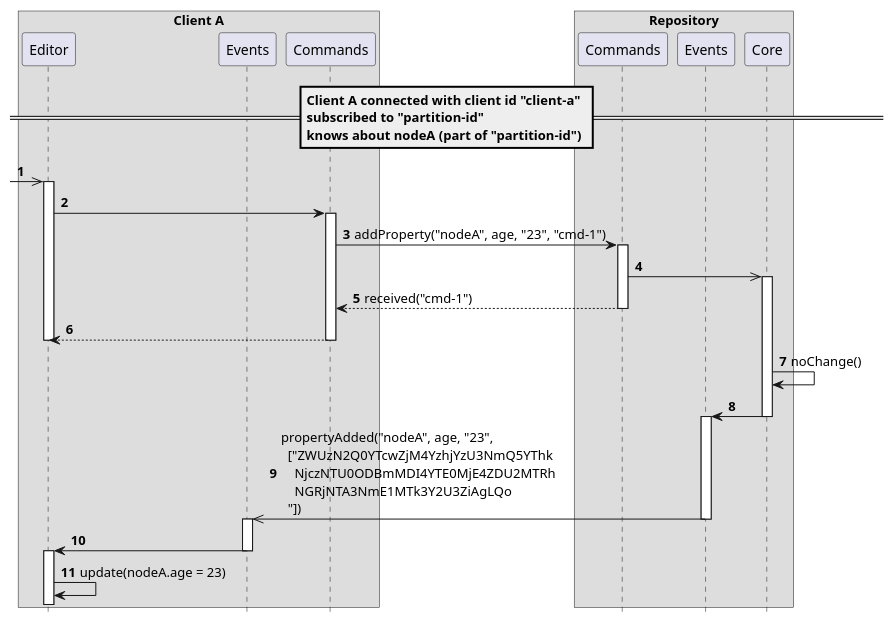
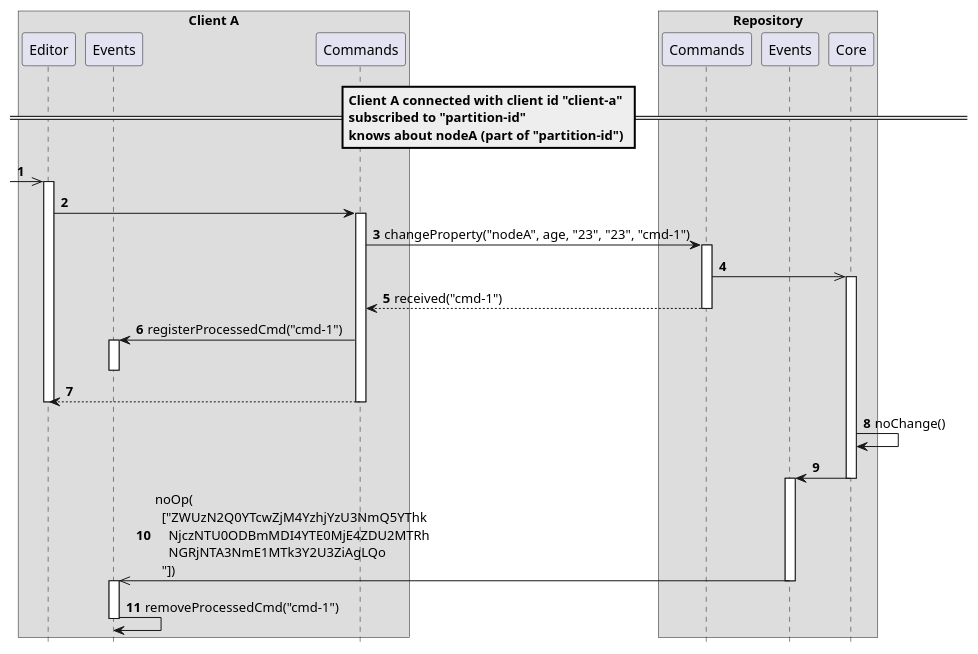
The diagram in delta/scenarios/changeSameValueRemoteUpdate.adoc (LionWeb-io/specification), drawn with PlantUML before and after one commit. The commit also changed other lines of this file and 9 other files, not shown here.

```diff
--- a/delta/scenarios/changeSameValueRemoteUpdate.adoc
+++ b/delta/scenarios/changeSameValueRemoteUpdate.adoc
@@ -2,46 +2,46 @@
 [plantuml,changeSameValueRemoteUpdate,svg]
 ----
 hide footbox
 autonumber
 
 box "Client A"
   participant Editor as editor
   participant Events as clientEvent
   participant Commands as clientCmd
 end box
 
 box "Repository"
   participant Commands as repoCmd
   participant Events as repoEvent
   participant Core as core
 end box
 
 == Client A connected with client id "client-a"\nsubscribed to "partition-id"\nknows about nodeA (part of "partition-id") ==
 
 [->> editor ++
 editor -> clientCmd ++
-clientCmd -> repoCmd ++: addProperty("nodeA", age, "23", "cmd-1")
+clientCmd -> repoCmd ++: changeProperty("nodeA", age, "23", "23", "cmd-1")
 repoCmd ->> core
 activate core
 clientCmd <-- repoCmd: received("cmd-1")
 deactivate repoCmd
+clientCmd -> clientEvent: registerProcessedCmd("cmd-1")
+activate clientEvent
+deactivate clientEvent
 editor <-- clientCmd
 deactivate clientCmd
 deactivate editor
 
 core -> core: noChange()
 
 core -> repoEvent
 deactivate core
 
 activate repoEvent
-clientEvent <<- repoEvent: propertyAdded("nodeA", age, "23",\n  ["ZWUzN2Q0YTcwZjM4YzhjYzU3NmQ5YThk\n    NjczNTU0ODBmMDI4YTE0MjE4ZDU2MTRh\n    NGRjNTA3NmE1MTk3Y2U3ZiAgLQo\n  "])
+clientEvent <<- repoEvent: noOp(\n  ["ZWUzN2Q0YTcwZjM4YzhjYzU3NmQ5YThk\n    NjczNTU0ODBmMDI4YTE0MjE4ZDU2MTRh\n    NGRjNTA3NmE1MTk3Y2U3ZiAgLQo\n  "])
 deactivate repoEvent
 
 activate clientEvent
-clientEvent -> editor
+clientEvent -> clientEvent: removeProcessedCmd("cmd-1")
 deactivate clientEvent
-
-activate editor
-editor -> editor: update(nodeA.age = 23)
 ----
```
